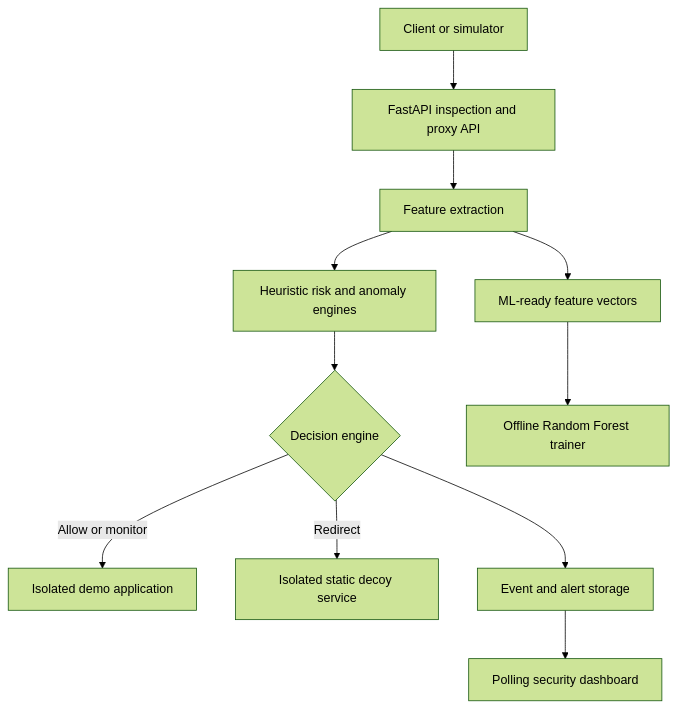
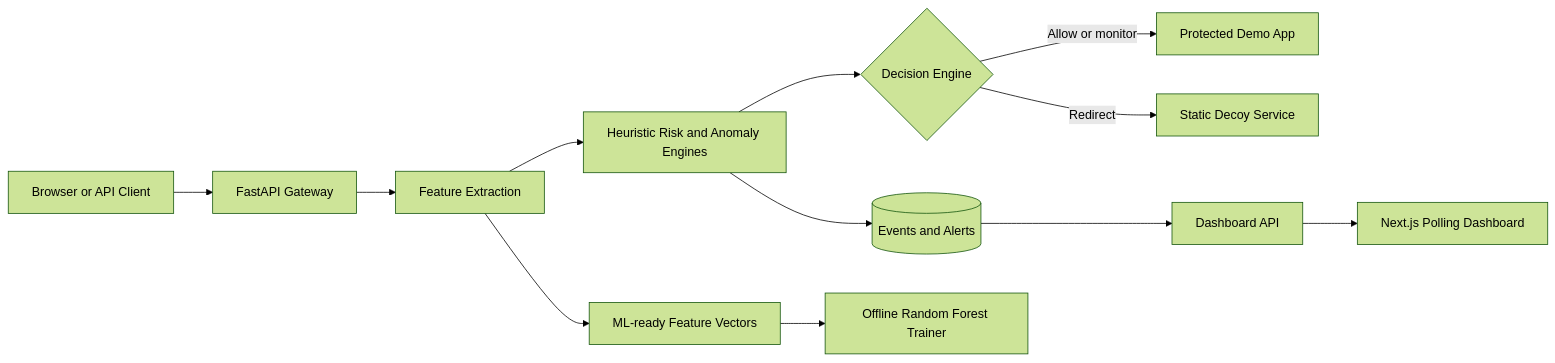
One commit to rafienajwan/mirage changed the first of 2 diagrams in docs/architecture.md. Above: the diagram before and after it, drawn with Mermaid (forest theme). The commit also changed other lines of this file and 7 other files, not shown here.

Commit message:
docs: rebuild project setup and architecture guides

````diff
--- a/docs/architecture.md
+++ b/docs/architecture.md
@@ -5,13 +5,14 @@
 ```mermaid
-graph TD
-    A[Client or simulator] --> B[FastAPI inspection and proxy API]
-    B --> C[Feature extraction]
-    C --> D[Heuristic risk and anomaly engines]
-    D --> E{Decision engine}
-    E -->|Allow or monitor| F[Isolated demo application]
-    E -->|Redirect| G[Isolated static decoy service]
-    E --> H[Event and alert storage]
-    H --> K[Polling security dashboard]
-    C --> I[ML-ready feature vectors]
-    I --> J[Offline Random Forest trainer]
+graph LR
+    A[Browser or API Client] --> B[FastAPI Gateway]
+    B --> C[Feature Extraction]
+    C --> D[Heuristic Risk and Anomaly Engines]
+    D --> E{Decision Engine}
+    E -->|Allow or monitor| F[Protected Demo App]
+    E -->|Redirect| G[Static Decoy Service]
+    D --> H[(Events and Alerts)]
+    H --> I[Dashboard API]
+    I --> J[Next.js Polling Dashboard]
+    C --> K[ML-ready Feature Vectors]
+    K --> L[Offline Random Forest Trainer]
 ```
````
